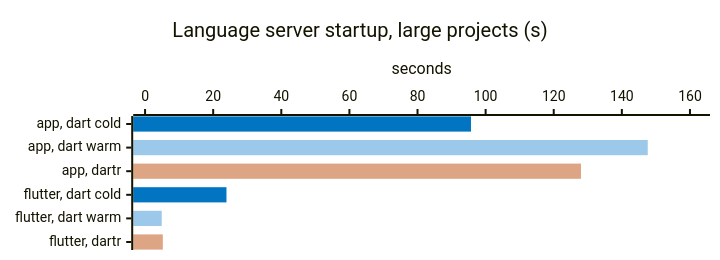
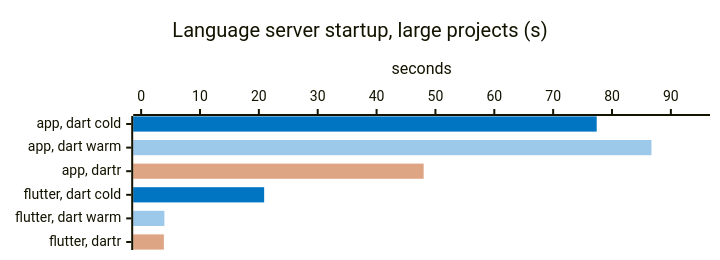
One commit to orestesgaolin/dartr changed the third of 14 diagrams in docs/BENCHMARKS.md. Above: the diagram before and after it, drawn with Mermaid. The commit also changed other lines of this file and 1 other file, not shown here.

Commit message:
docs(bench): results after CPU round 5 and the plugin fix; charts updated

````diff
--- a/docs/BENCHMARKS.md
+++ b/docs/BENCHMARKS.md
@@ -59,18 +59,18 @@
 ```mermaid
 ---
 config:
   xyChart:
     height: 240
   themeVariables:
     xyChart:
       plotColorPalette: "#0175C2, #9CC8EA, #DEA584"
 ---
 xychart-beta horizontal
     %% -100 = no bar: one series per measurement gives each its own color
     title "Language server startup, large projects (s)"
     x-axis ["app, dart cold", "app, dart warm", "app, dartr", "flutter, dart cold", "flutter, dart warm", "flutter, dartr"]
-    y-axis "seconds" 0 --> 162.4
-    bar [95.7, -100, -100, 23.9, -100, -100]
-    bar [-100, 147.6, -100, -100, 4.89, -100]
-    bar [-100, -100, 128.0, -100, -100, 5.21]
+    y-axis "seconds" 0 --> 95.3
+    bar [77.4, -100, -100, 20.9, -100, -100]
+    bar [-100, 86.7, -100, -100, 3.95, -100]
+    bar [-100, -100, 48.0, -100, -100, 3.86]
 ```
````
